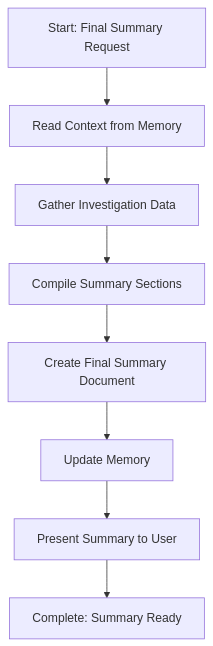
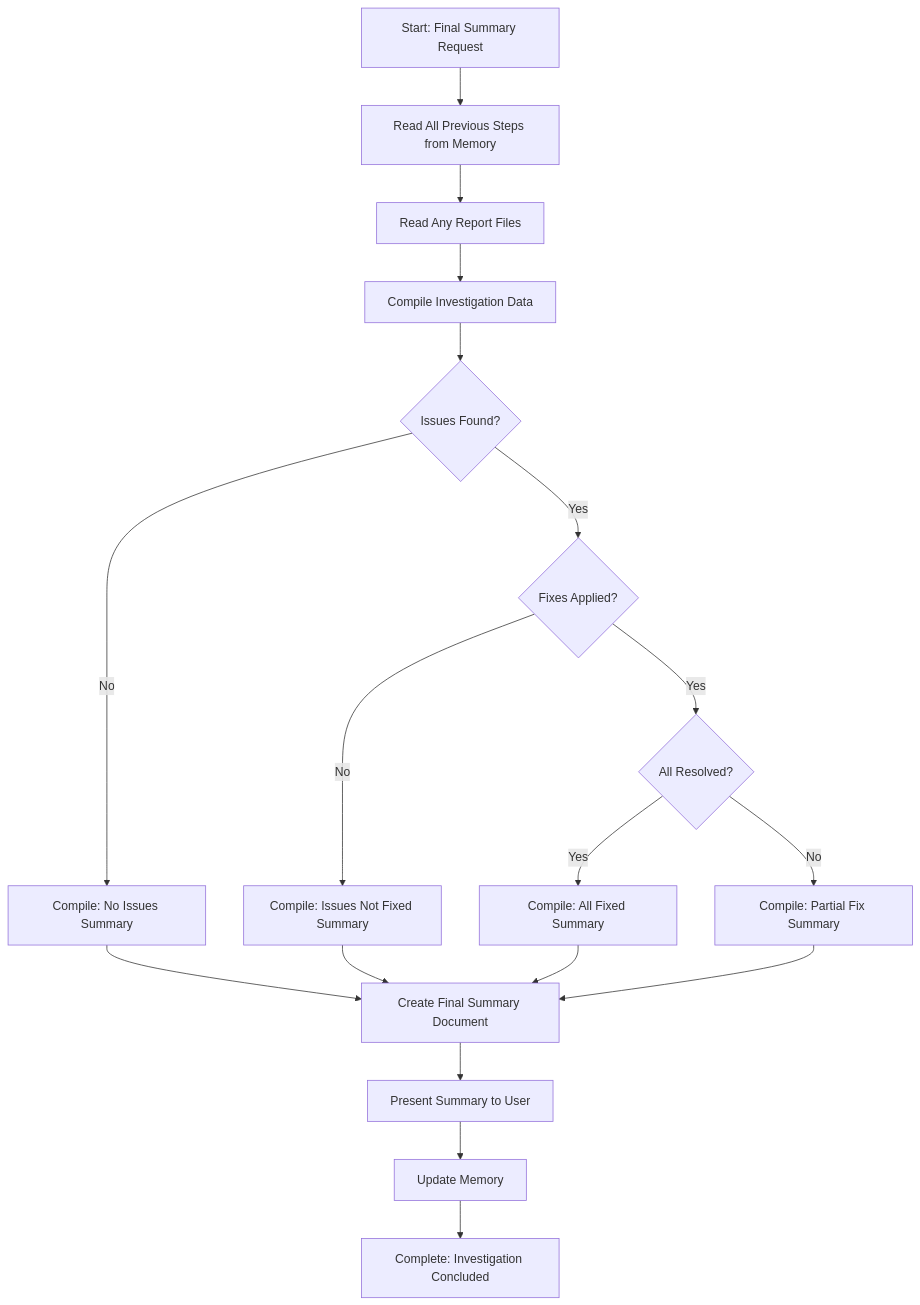
One commit to HMTools/agentic-processes changed the diagram in .processes/steps/investigation/final-summary.md. Above: the diagram before and after it, drawn with Mermaid. The commit also changed other lines of this file and 73 other files, not shown here.

````diff
--- a/.processes/steps/investigation/final-summary.md
+++ b/.processes/steps/investigation/final-summary.md
@@ -105,10 +103,20 @@
 ```mermaid
 flowchart TD
-    A[Start: Final Summary Request] --> B[Read Context from Memory]
-    B --> C[Gather Investigation Data]
-    C --> D[Compile Summary Sections]
-    D --> E[Create Final Summary Document]
-    E --> F[Update Memory]
-    F --> G[Present Summary to User]
-    G --> H[Complete: Summary Ready]
+    A[Start: Final Summary Request] --> B[Read All Previous Steps from Memory]
+    B --> C[Read Any Report Files]
+    C --> D[Compile Investigation Data]
+    D --> E{Issues Found?}
+    E -->|No| F[Compile: No Issues Summary]
+    E -->|Yes| G{Fixes Applied?}
+    G -->|No| H[Compile: Issues Not Fixed Summary]
+    G -->|Yes| I{All Resolved?}
+    I -->|Yes| J[Compile: All Fixed Summary]
+    I -->|No| K[Compile: Partial Fix Summary]
+    F --> L[Create Final Summary Document]
+    H --> L
+    J --> L
+    K --> L
+    L --> M[Present Summary to User]
+    M --> N[Update Memory]
+    N --> O[Complete: Investigation Concluded]
 ```
````
